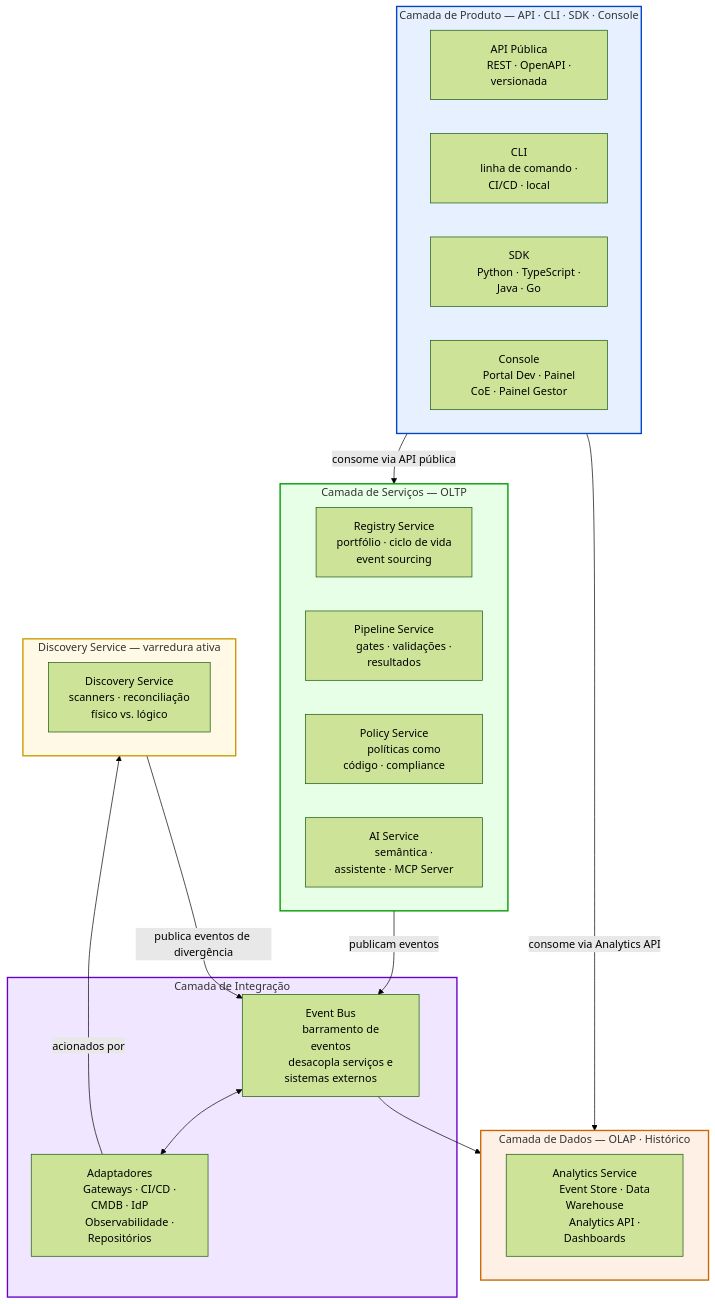
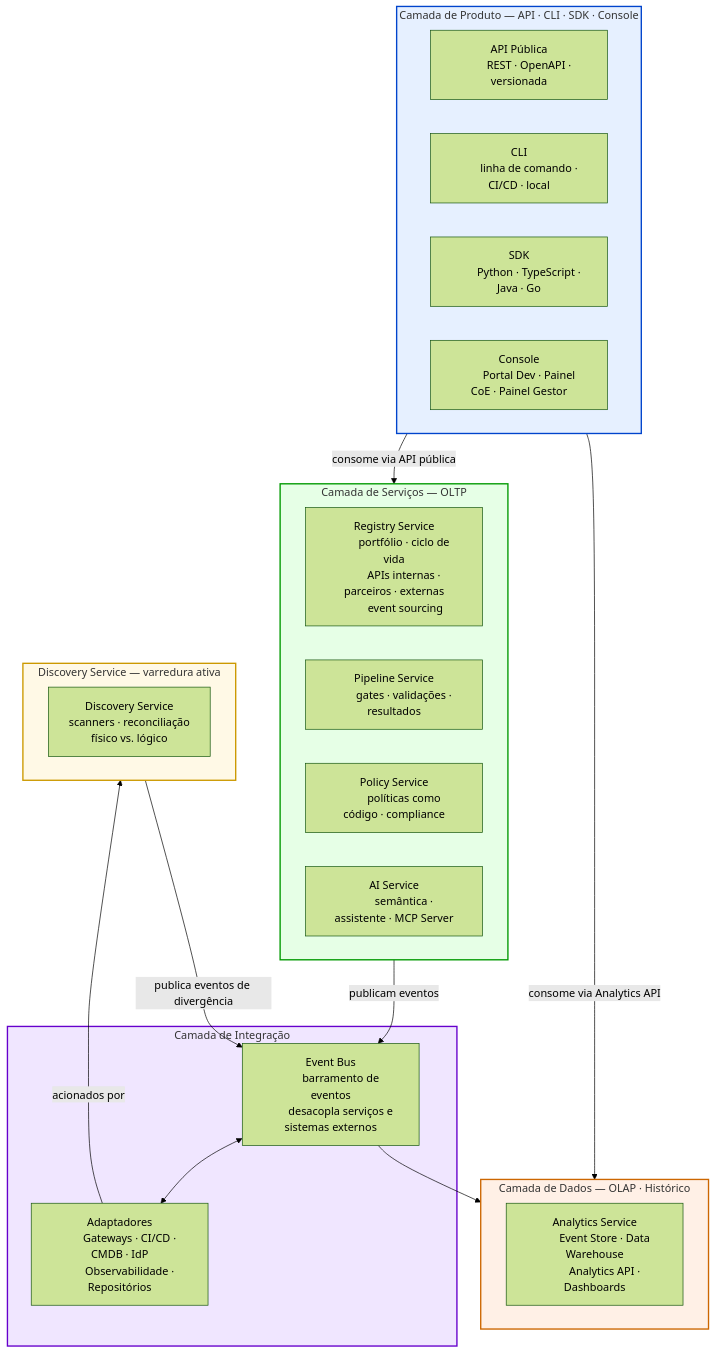
Before and after one commit to fgmira/estudo-api-management: the first of 18 diagrams in docs/modulo-7-plataforma_infraestrutura/cap_7_2_arquitetura_referencia.md, drawn with Mermaid (forest theme). The commit also changed other lines of this file and 4 other files, not shown here.

````diff
--- a/docs/modulo-7-plataforma_infraestrutura/cap_7_2_arquitetura_referencia.md
+++ b/docs/modulo-7-plataforma_infraestrutura/cap_7_2_arquitetura_referencia.md
@@ -27,60 +27,61 @@
 ```mermaid
 graph TB
     subgraph produto["Camada de Produto — API · CLI · SDK · Console"]
         api_pub["API Pública
         REST · OpenAPI · versionada"]
         cli["CLI
         linha de comando · CI/CD · local"]
         sdk["SDK
         Python · TypeScript · Java · Go"]
         console["Console
         Portal Dev · Painel CoE · Painel Gestor"]
     end
 
     subgraph servicos["Camada de Serviços — OLTP"]
         registry["Registry Service
         portfólio · ciclo de vida
+        APIs internas · parceiros · externas
         event sourcing"]
         pipeline["Pipeline Service
         gates · validações · resultados"]
         policy["Policy Service
         políticas como código · compliance"]
         ai["AI Service
         semântica · assistente · MCP Server"]
     end
 
     subgraph discovery_layer["Discovery Service — varredura ativa"]
         discovery["Discovery Service
         scanners · reconciliação
         físico vs. lógico"]
     end
 
     subgraph dados["Camada de Dados — OLAP · Histórico"]
         analytics["Analytics Service
         Event Store · Data Warehouse
         Analytics API · Dashboards"]
     end
 
     subgraph integracao["Camada de Integração"]
         eventbus["Event Bus
         barramento de eventos
         desacopla serviços e sistemas externos"]
         adapters["Adaptadores
         Gateways · CI/CD · CMDB · IdP
         Observabilidade · Repositórios"]
     end
 
     produto -->|"consome via API pública"| servicos
     produto -->|"consome via Analytics API"| dados
     servicos -->|"publicam eventos"| eventbus
     eventbus --> dados
     eventbus <--> adapters
     adapters -->|"acionados por"| discovery_layer
     discovery_layer -->|"publica eventos de divergência"| eventbus
 
     style produto fill:#e6f0ff,stroke:#0044cc,stroke-width:2px
     style servicos fill:#e6ffe6,stroke:#009900,stroke-width:2px
     style dados fill:#fff0e6,stroke:#cc6600,stroke-width:2px
     style integracao fill:#f0e6ff,stroke:#6600cc,stroke-width:2px
     style discovery_layer fill:#fff9e6,stroke:#cc9900,stroke-width:2px
 ```
````
